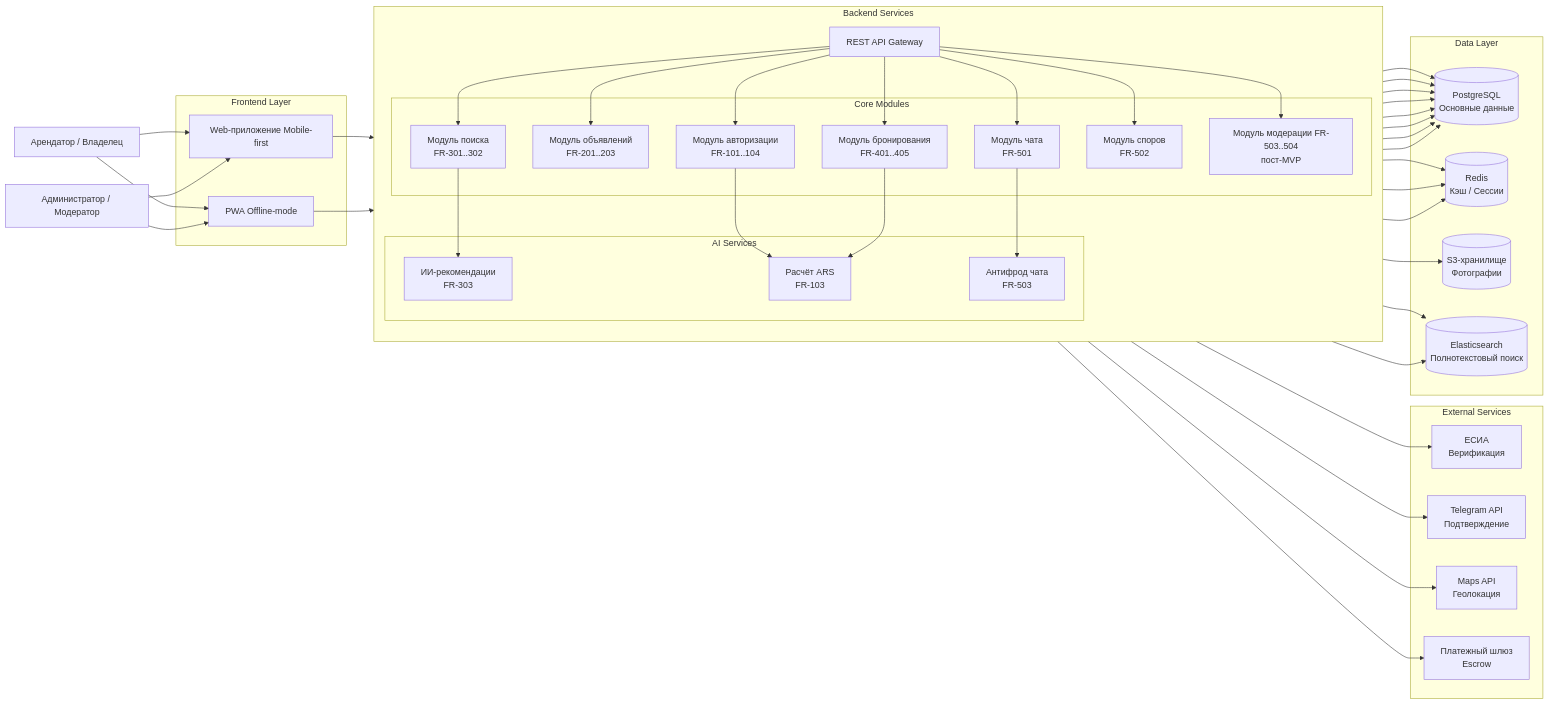
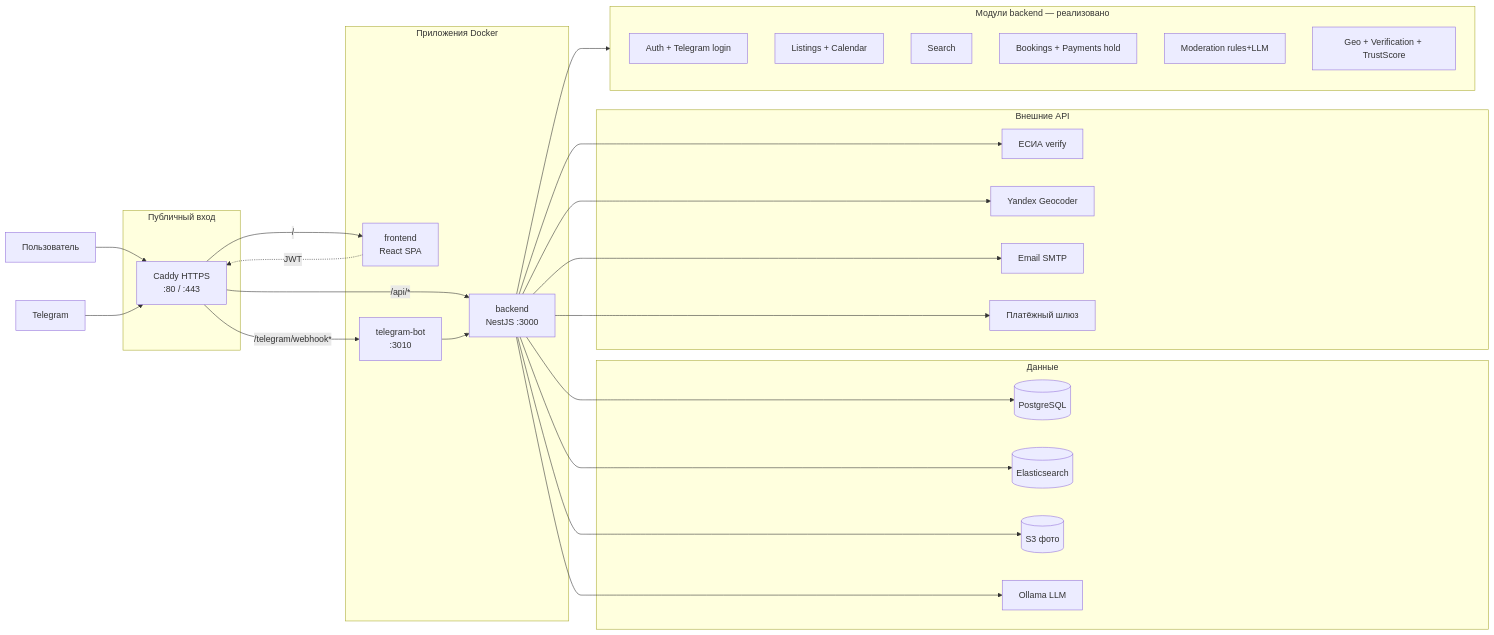
One commit to Rento-devteam/Rento changed the diagram in docs/flowshart/flowchart.md. Above: the diagram before and after it, drawn with Mermaid. The commit also changed other lines of this file and 33 other files, not shown here.

````diff
--- a/docs/flowshart/flowchart.md
+++ b/docs/flowshart/flowchart.md
@@ -1,89 +5,59 @@
 ```mermaid
-    flowchart LR
-    %% Пользователи
-    User[Арендатор / Владелец]
-    Admin[Администратор / Модератор]
-    
-    subgraph Frontend [Frontend Layer]
-     Web[Web-приложение Mobile-first]
-     PWA[PWA Offline-mode]
-     end
-    
-    subgraph Backend [Backend Services]
-     direction TB
-     API[REST API Gateway]
-    
-     subgraph Core [Core Modules]
-      Auth[Модуль авторизации<br/>FR-101..104]
-      Listing[Модуль объявлений<br/>FR-201..203]
-      Search[Модуль поиска<br/>FR-301..302]
-      Booking[Модуль бронирования<br/>FR-401..405]
-      Chat[Модуль чата<br/>FR-501]
-      Dispute[Модуль споров<br/>FR-502]
-      Moderation[Модуль модерации FR-503..504<br/>пост-MVP]
-     end
-    
-     subgraph AI [AI Services]
-      Recommender[ИИ-рекомендации<br/>FR-303]
-       TrustScore[Расчёт ARS<br/>FR-103]
-       FraudDetection[Антифрод чата<br/>FR-503]
-      end
-     end
+flowchart LR
+    User[Пользователь]
+    TG[Telegram]
 
-    subgraph External [External Services]
-      ESIA[ЕСИА<br/>Верификация]
-      Telegram[Telegram API<br/>Подтверждение]
-         MapsAPI[Maps API<br/>Геолокация]
-         Payment[Платежный шлюз<br/>Escrow]
-     end
-    
-    subgraph Storage [Data Layer]
-      PostgreSQL[(PostgreSQL<br/>Основные данные)]
-      Redis[(Redis<br/>Кэш / Сессии)]
-      S3[(S3-хранилище<br/>Фотографии)]
-      Elastic[(Elasticsearch<br/>Полнотекстовый поиск)]
-     end
-    
-    %% Соединения
-     User --> Web
-     User --> PWA
-     Admin --> Web
-    Admin --> PWA
+    subgraph Edge [Публичный вход]
+        Caddy[Caddy HTTPS<br/>:80 / :443]
+    end
 
-     Web --> API
-     PWA --> API
-    
-     API --> Auth
-     API --> Listing
-     API --> Search
-     API --> Booking
-     API --> Chat
-     API --> Dispute
-     API --> Moderation
-    
-     Search --> Recommender
-     Auth --> TrustScore
-     Chat --> FraudDetection
-     Booking --> TrustScore
-    
-     Auth --> ESIA
-     Auth --> Telegram
-     Search --> MapsAPI
-     Booking --> Payment
-    
-     Auth --> PostgreSQL
-     Auth --> Redis
-     Listing --> PostgreSQL
-     Listing --> S3
-     Search --> Elastic
-     Booking --> PostgreSQL
-     Booking --> Redis
-     Chat --> PostgreSQL
-     Dispute --> PostgreSQL
-     Moderation --> PostgreSQL
-    
-     Recommender --> Elastic
-     Recommender --> PostgreSQL
-     TrustScore --> PostgreSQL
-     FraudDetection --> Redis
+    subgraph Apps [Приложения Docker]
+        FE[frontend<br/>React SPA]
+        API[backend<br/>NestJS :3000]
+        Bot[telegram-bot<br/>:3010]
+    end
+
+    subgraph Data [Данные]
+        PG[(PostgreSQL)]
+        ES[(Elasticsearch)]
+        S3[(S3 фото)]
+        Ollama[Ollama LLM]
+    end
+
+    subgraph External [Внешние API]
+        ESIA[ЕСИА verify]
+        YGeo[Yandex Geocoder]
+        SMTP[Email SMTP]
+        Pay[Платёжный шлюз]
+    end
+
+    User --> Caddy
+    TG --> Caddy
+    Caddy -->|/| FE
+    Caddy -->|/api/*| API
+    Caddy -->|/telegram/webhook*| Bot
+
+    FE -.->|JWT| Caddy
+    Bot --> API
+
+    API --> PG
+    API --> ES
+    API --> S3
+    API --> Ollama
+    API --> ESIA
+    API --> YGeo
+    API --> SMTP
+    API --> Pay
+
+    subgraph API_Modules [Модули backend — реализовано]
+        direction TB
+        M1[Auth + Telegram login]
+        M2[Listings + Calendar]
+        M3[Search]
+        M4[Bookings + Payments hold]
+        M5[Moderation rules+LLM]
+        M6[Geo + Verification + TrustScore]
+    end
+
+    API --> API_Modules
 ```
````
